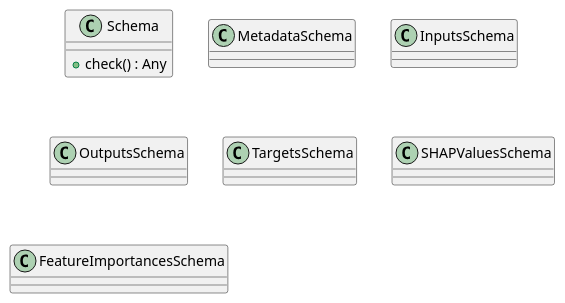
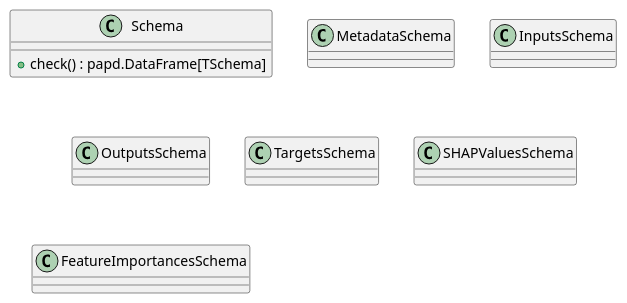
One commit to lgcorzo/llmops-python-package changed the first of 6 diagrams in openwiki/modules/src/autogen_team/core/schemas.md. Above: the diagram before and after it, drawn with PlantUML. The commit also changed other lines of this file and 155 other files, not shown here.

````diff
--- a/openwiki/modules/src/autogen_team/core/schemas.md
+++ b/openwiki/modules/src/autogen_team/core/schemas.md
@@ -61,19 +70,19 @@
 ```plantuml
 @startuml
     class Schema {
-        +check() : Any
+        +check() : papd.DataFrame[TSchema]
     }
     class MetadataSchema {
     }
     class InputsSchema {
     }
     class OutputsSchema {
     }
     class TargetsSchema {
     }
     class SHAPValuesSchema {
     }
     class FeatureImportancesSchema {
     }
 @enduml
 ```
````
